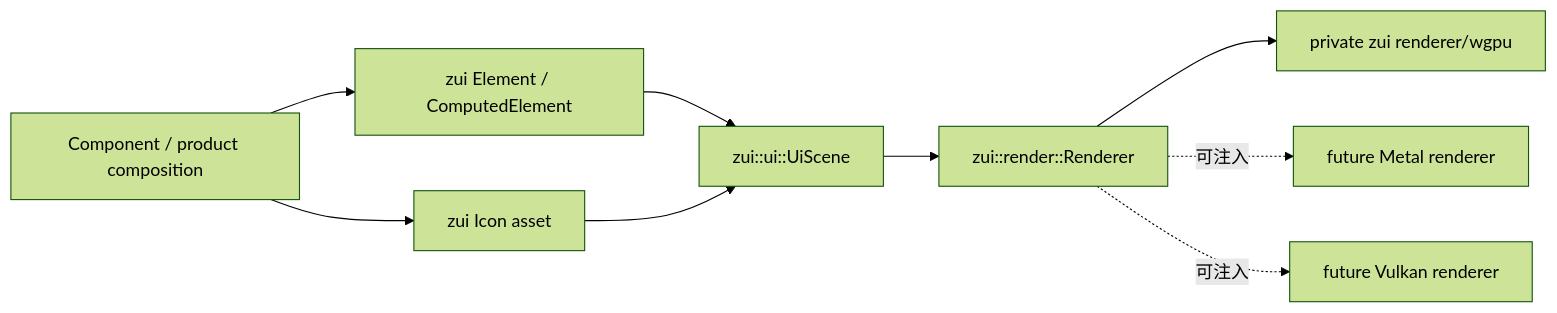
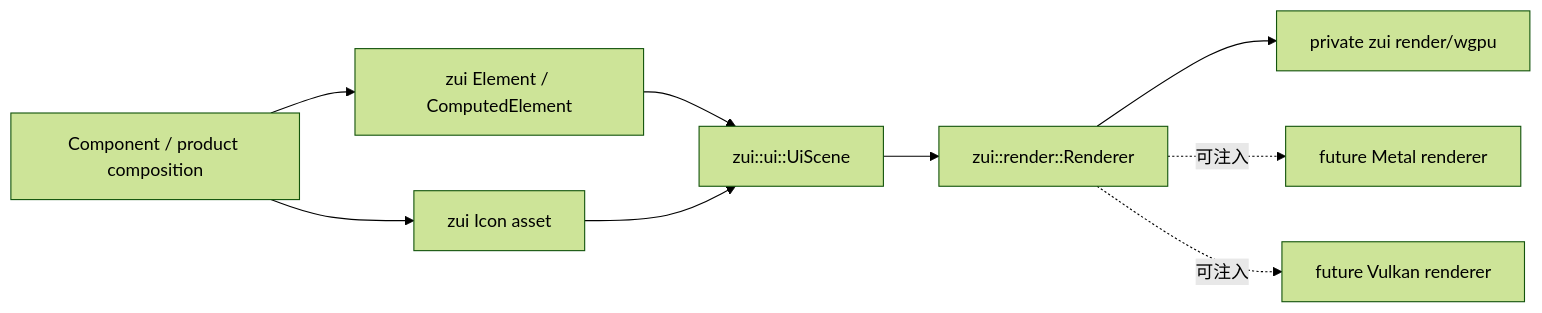
Before and after one commit to chogng/zeta: the diagram in zeterm/docs/rendering-architecture.md, drawn with Mermaid (forest theme). The commit also changed other lines of this file and 50 other files, not shown here.

````diff
--- a/zeterm/docs/rendering-architecture.md
+++ b/zeterm/docs/rendering-architecture.md
@@ -21,11 +21,11 @@
 ```mermaid
 flowchart LR
     C["Component / product composition"] --> E["zui Element / ComputedElement"]
     C --> I["zui Icon asset"]
     E --> S["zui::ui::UiScene"]
     I --> S
     S --> R["zui::render::Renderer"]
-    R --> W["private zui renderer/wgpu"]
+    R --> W["private zui render/wgpu"]
     R -. "可注入" .-> M["future Metal renderer"]
     R -. "可注入" .-> V["future Vulkan renderer"]
 ```
````
